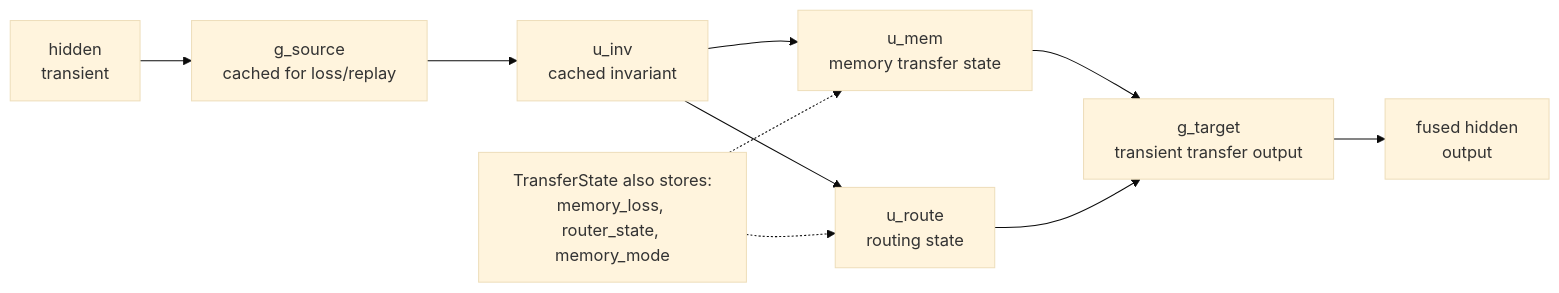
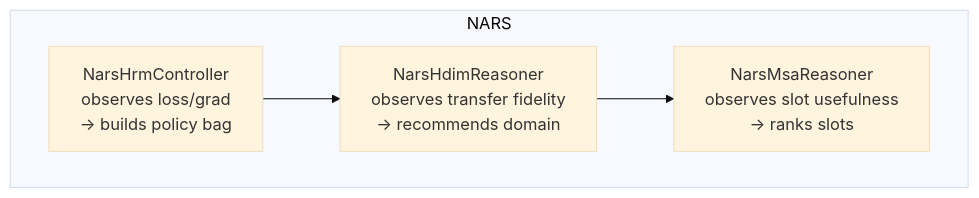
The fifth of 5 diagrams in docs/architecture_diagrams.md (ShmidtS/HAGI), drawn with Mermaid (base theme) before and after one commit. The commit also changed other lines of this file, not shown here.

First line of the commit message:
docs: honest architecture review based on actual code

````diff
--- a/docs/architecture_diagrams.md
+++ b/docs/architecture_diagrams.md
@@ -360,19 +172,6 @@
 ```mermaid
-flowchart LR
-    H["hidden<br/>transient"]
-    GS["g_source<br/>cached for loss/replay"]
-    UI["u_inv<br/>cached invariant"]
-    UM["u_mem<br/>memory transfer state"]
-    UR["u_route<br/>routing state"]
-    GT["g_target<br/>transient transfer output"]
-    OUT["fused hidden<br/>output"]
-
-    H --> GS --> UI
-    UI --> UM --> GT
-    UI --> UR --> GT
-    GT --> OUT
-
-    META["TransferState also stores:<br/>memory_loss, router_state, memory_mode"]
-    META -.-> UM
-    META -.-> UR
+flowchart TB
+    subgraph NARS["NARS"]
+        HRM["NarsHrmController<br/>observes loss/grad<br/>-> builds policy bag"] --> HDIM["NarsHdimReasoner<br/>observes transfer fidelity<br/>-> recommends domain"] --> MSA["NarsMsaReasoner<br/>observes slot usefulness<br/>-> ranks slots"]
+    end
 ```
````
